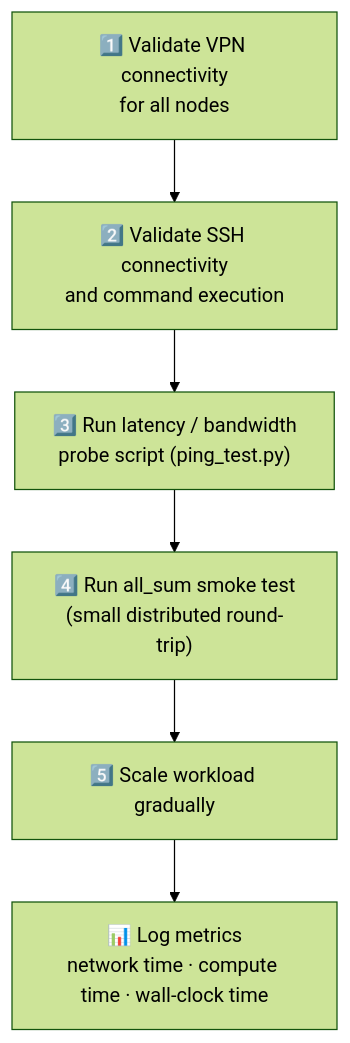
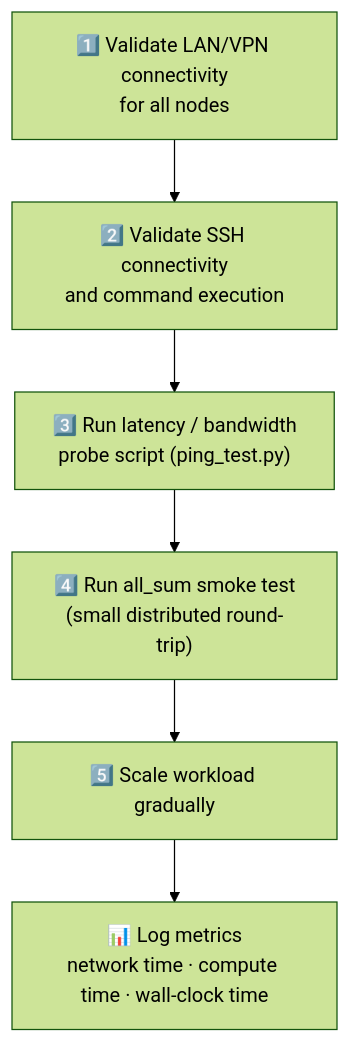
Before and after one commit to Mykol71/dist_cluster: the third of 3 diagrams in docs/Technical_Guide.md, drawn with Mermaid (forest theme). The commit also changed other lines of this file and 5 other files, not shown here.

````diff
--- a/docs/Technical_Guide.md
+++ b/docs/Technical_Guide.md
@@ -148,8 +148,8 @@
 ```mermaid
 flowchart TD
-    S1["1️⃣ Validate VPN connectivity\nfor all nodes"] --> S2["2️⃣ Validate SSH connectivity\nand command execution"]
+    S1["1️⃣ Validate LAN/VPN connectivity\nfor all nodes"] --> S2["2️⃣ Validate SSH connectivity\nand command execution"]
     S2 --> S3["3️⃣ Run latency / bandwidth\nprobe script (ping_test.py)"]
     S3 --> S4["4️⃣ Run all_sum smoke test\n(small distributed round-trip)"]
     S4 --> S5["5️⃣ Scale workload gradually"]
     S5 --> LOG["📊 Log metrics\nnetwork time · compute time · wall-clock time"]
 ```
````
